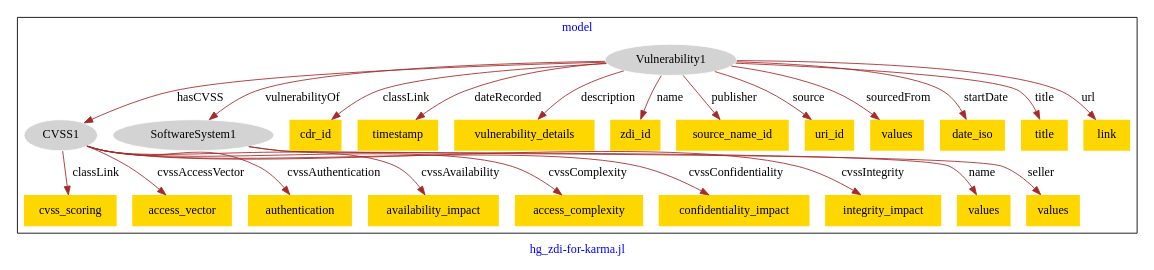
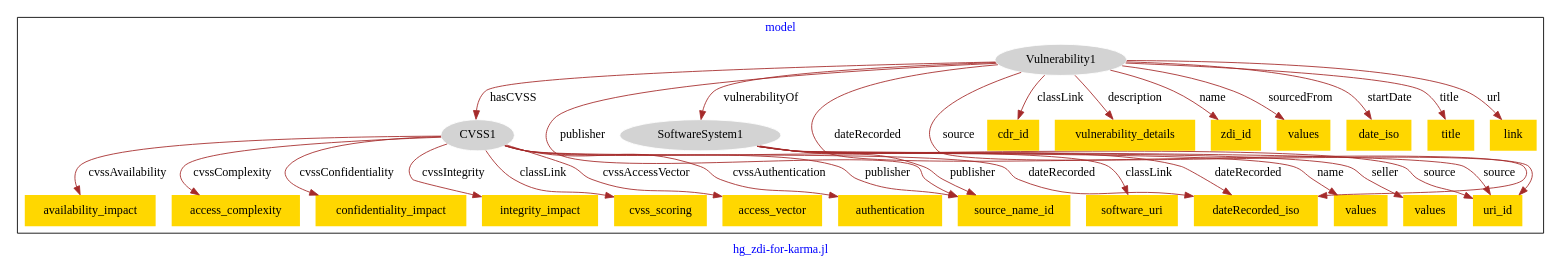
Before and after one commit to usc-isi-i2/effect-alignment: the diagram in models/hg-zdi/hg_zdi-model.dot, drawn with Graphviz.

Commit message:
Update file hg_zdi-model.dot

```diff
--- a/models/hg-zdi/hg_zdi-model.dot
+++ b/models/hg-zdi/hg_zdi-model.dot
@@ -1,51 +1,59 @@
 digraph n0 {
 fontcolor="blue"
 remincross="true"
 label="hg_zdi-for-karma.jl"
 subgraph cluster {
 label="model"
 n2[style="filled",color="white",fillcolor="lightgray",label="CVSS1"];
 n3[shape="plaintext",style="filled",fillcolor="gold",label="cvss_scoring"];
 n4[shape="plaintext",style="filled",fillcolor="gold",label="access_vector"];
 n5[shape="plaintext",style="filled",fillcolor="gold",label="authentication"];
 n6[shape="plaintext",style="filled",fillcolor="gold",label="availability_impact"];
 n7[shape="plaintext",style="filled",fillcolor="gold",label="access_complexity"];
 n8[shape="plaintext",style="filled",fillcolor="gold",label="confidentiality_impact"];
 n9[shape="plaintext",style="filled",fillcolor="gold",label="integrity_impact"];
-n10[style="filled",color="white",fillcolor="lightgray",label="SoftwareSystem1"];
-n11[shape="plaintext",style="filled",fillcolor="gold",label="values"];
-n12[shape="plaintext",style="filled",fillcolor="gold",label="values"];
-n13[style="filled",color="white",fillcolor="lightgray",label="Vulnerability1"];
-n14[shape="plaintext",style="filled",fillcolor="gold",label="cdr_id"];
-n15[shape="plaintext",style="filled",fillcolor="gold",label="timestamp"];
-n16[shape="plaintext",style="filled",fillcolor="gold",label="vulnerability_details"];
-n17[shape="plaintext",style="filled",fillcolor="gold",label="zdi_id"];
-n18[shape="plaintext",style="filled",fillcolor="gold",label="source_name_id"];
-n19[shape="plaintext",style="filled",fillcolor="gold",label="uri_id"];
-n20[shape="plaintext",style="filled",fillcolor="gold",label="values"];
-n21[shape="plaintext",style="filled",fillcolor="gold",label="date_iso"];
-n22[shape="plaintext",style="filled",fillcolor="gold",label="title"];
-n23[shape="plaintext",style="filled",fillcolor="gold",label="link"];
+n10[shape="plaintext",style="filled",fillcolor="gold",label="source_name_id"];
+n11[style="filled",color="white",fillcolor="lightgray",label="SoftwareSystem1"];
+n12[shape="plaintext",style="filled",fillcolor="gold",label="software_uri"];
+n13[shape="plaintext",style="filled",fillcolor="gold",label="dateRecorded_iso"];
+n14[shape="plaintext",style="filled",fillcolor="gold",label="values"];
+n15[shape="plaintext",style="filled",fillcolor="gold",label="values"];
+n16[shape="plaintext",style="filled",fillcolor="gold",label="uri_id"];
+n17[style="filled",color="white",fillcolor="lightgray",label="Vulnerability1"];
+n18[shape="plaintext",style="filled",fillcolor="gold",label="cdr_id"];
+n19[shape="plaintext",style="filled",fillcolor="gold",label="vulnerability_details"];
+n20[shape="plaintext",style="filled",fillcolor="gold",label="zdi_id"];
+n21[shape="plaintext",style="filled",fillcolor="gold",label="values"];
+n22[shape="plaintext",style="filled",fillcolor="gold",label="date_iso"];
+n23[shape="plaintext",style="filled",fillcolor="gold",label="title"];
+n24[shape="plaintext",style="filled",fillcolor="gold",label="link"];
 }
 n2 -> n3[color="brown",fontcolor="black",label="classLink"]
 n2 -> n4[color="brown",fontcolor="black",label="cvssAccessVector"]
 n2 -> n5[color="brown",fontcolor="black",label="cvssAuthentication"]
 n2 -> n6[color="brown",fontcolor="black",label="cvssAvailability"]
 n2 -> n7[color="brown",fontcolor="black",label="cvssComplexity"]
 n2 -> n8[color="brown",fontcolor="black",label="cvssConfidentiality"]
 n2 -> n9[color="brown",fontcolor="black",label="cvssIntegrity"]
-n10 -> n11[color="brown",fontcolor="black",label="name"]
-n10 -> n12[color="brown",fontcolor="black",label="seller"]
-n13 -> n14[color="brown",fontcolor="black",label="classLink"]
-n13 -> n15[color="brown",fontcolor="black",label="dateRecorded"]
-n13 -> n2[color="brown",fontcolor="black",label="hasCVSS"]
-n13 -> n10[color="brown",fontcolor="black",label="vulnerabilityOf"]
-n13 -> n16[color="brown",fontcolor="black",label="description"]
-n13 -> n17[color="brown",fontcolor="black",label="name"]
-n13 -> n18[color="brown",fontcolor="black",label="publisher"]
-n13 -> n19[color="brown",fontcolor="black",label="source"]
-n13 -> n20[color="brown",fontcolor="black",label="sourcedFrom"]
-n13 -> n21[color="brown",fontcolor="black",label="startDate"]
-n13 -> n22[color="brown",fontcolor="black",label="title"]
-n13 -> n23[color="brown",fontcolor="black",label="url"]
+n2 -> n10[color="brown",fontcolor="black",label="publisher"]
+n11 -> n12[color="brown",fontcolor="black",label="classLink"]
+n11 -> n13[color="brown",fontcolor="black",label="dateRecorded"]
+n11 -> n14[color="brown",fontcolor="black",label="name"]
+n11 -> n10[color="brown",fontcolor="black",label="publisher"]
+n11 -> n15[color="brown",fontcolor="black",label="seller"]
+n11 -> n16[color="brown",fontcolor="black",label="source"]
+n17 -> n18[color="brown",fontcolor="black",label="classLink"]
+n17 -> n19[color="brown",fontcolor="black",label="description"]
+n17 -> n20[color="brown",fontcolor="black",label="name"]
+n17 -> n10[color="brown",fontcolor="black",label="publisher"]
+n17 -> n21[color="brown",fontcolor="black",label="sourcedFrom"]
+n17 -> n22[color="brown",fontcolor="black",label="startDate"]
+n17 -> n23[color="brown",fontcolor="black",label="title"]
+n17 -> n24[color="brown",fontcolor="black",label="url"]
+n17 -> n2[color="brown",fontcolor="black",label="hasCVSS"]
+n2 -> n13[color="brown",fontcolor="black",label="dateRecorded"]
+n2 -> n16[color="brown",fontcolor="black",label="source"]
+n17 -> n16[color="brown",fontcolor="black",label="source"]
+n17 -> n11[color="brown",fontcolor="black",label="vulnerabilityOf"]
+n17 -> n13[color="brown",fontcolor="black",label="dateRecorded"]
 }
```
